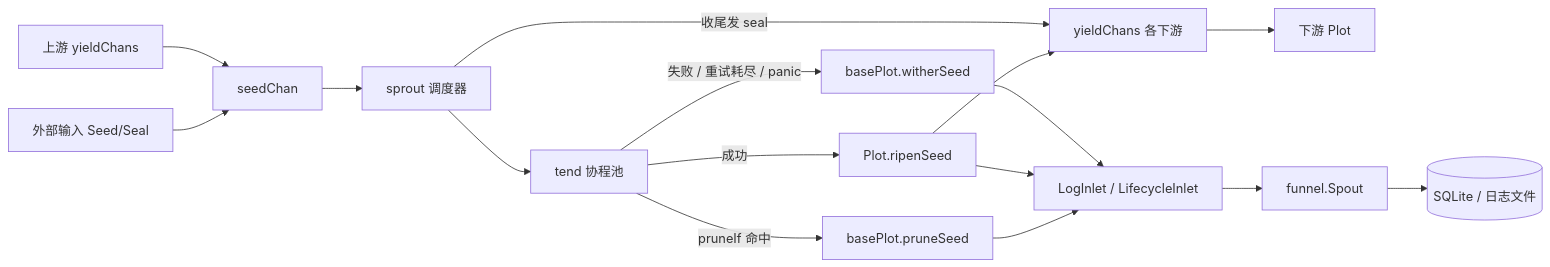
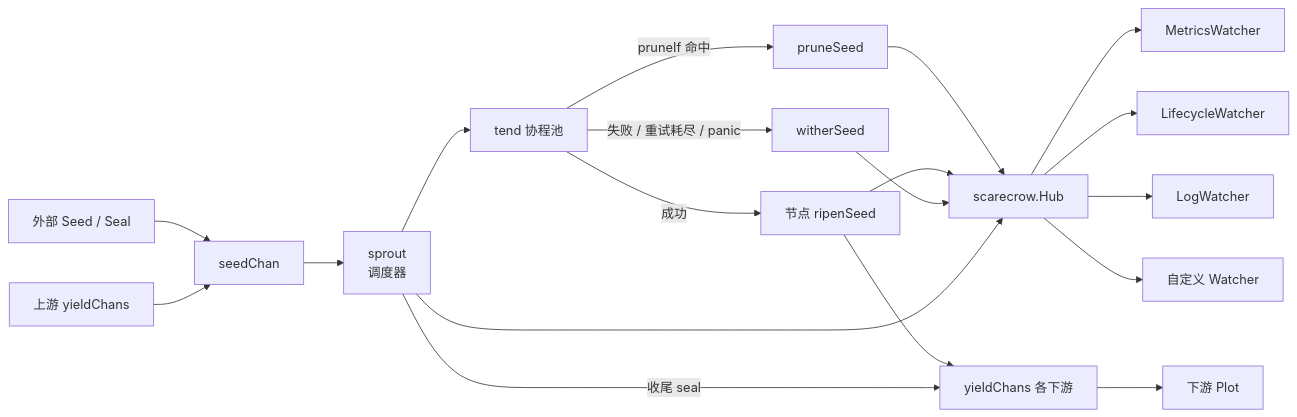
Before and after one commit to Mr-xiaotian/CelestialGrow: the first of 2 diagrams in docs/zh-CN/pkg/plot/plot.md, drawn with Mermaid. The commit also changed other lines of this file and 50 other files, not shown here.

````diff
--- a/docs/zh-CN/pkg/plot/plot.md
+++ b/docs/zh-CN/pkg/plot/plot.md
@@ -79,18 +181,21 @@
 ```mermaid
 flowchart LR
-    Ext[外部输入 Seed/Seal] --> SC[seedChan]
+    Ext[外部 Seed / Seal] --> SC[seedChan]
     UP[上游 yieldChans] --> SC
-    SC --> SP[sprout 调度器]
+    SC --> SP[sprout<br/>调度器]
     SP --> T[tend 协程池]
-    T -->|pruneIf 命中| PR[basePlot.pruneSeed]
-    T -->|成功| R[Plot.ripenSeed]
-    T -->|失败 / 重试耗尽 / panic| W[basePlot.witherSeed]
+    T -->|pruneIf 命中| PR[pruneSeed]
+    T -->|成功| R[节点 ripenSeed]
+    T -->|失败 / 重试耗尽 / panic| W[witherSeed]
     R --> FC[yieldChans 各下游]
-    PR --> LI
-    R --> LI[LogInlet / LifecycleInlet]
-    W --> LI
-    SP -->|收尾发 seal| FC
+    SP -->|收尾 seal| FC
     FC --> DP[下游 Plot]
-    LI --> FUN[funnel.Spout]
-    FUN --> DB[(SQLite / 日志文件)]
+    PR --> HUB[scarecrow.Hub]
+    R --> HUB
+    W --> HUB
+    SP --> HUB
+    HUB --> W1[MetricsWatcher]
+    HUB --> W2[LifecycleWatcher]
+    HUB --> W3[LogWatcher]
+    HUB --> W4[自定义 Watcher]
 ```
````
